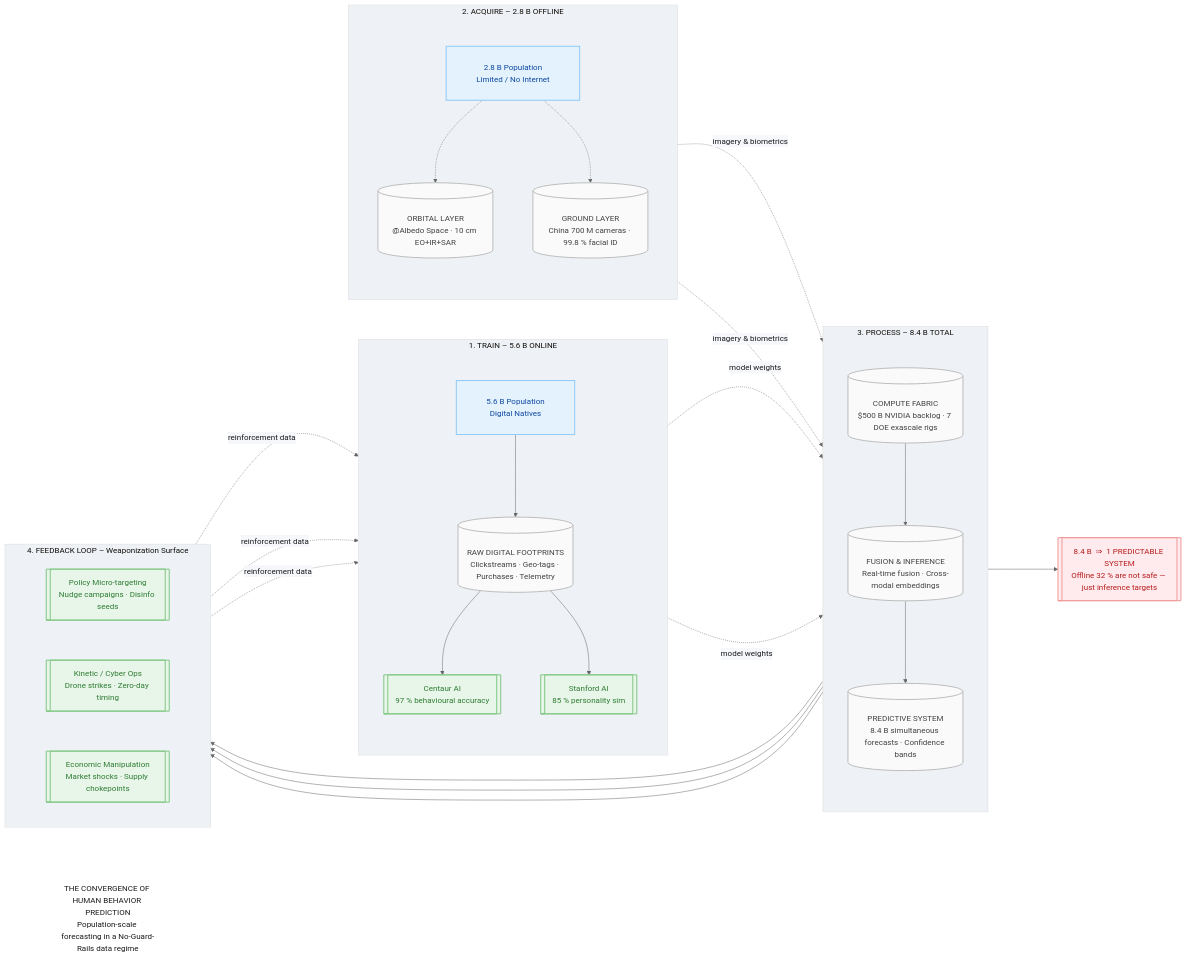
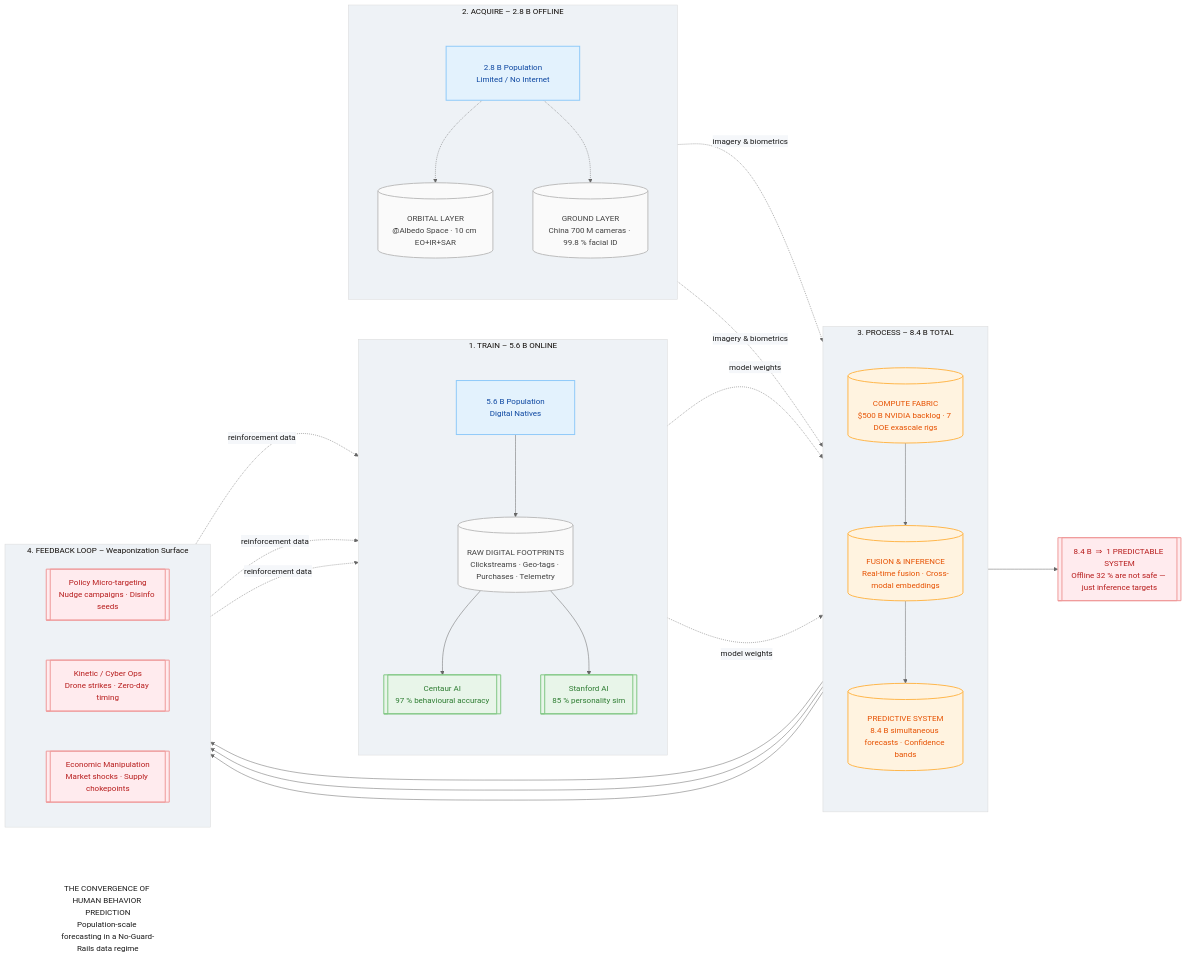
The diagram in diagram/behaviour-convergence.mmd (codethor0/human-behaviour-convergence), drawn with Mermaid before and after one commit. The commit also changed 1 other file, not shown here.

Commit message:
fix(diagram): correct styles for compute/feedback; fix README SVG link path

```diff
--- a/diagram/behaviour-convergence.mmd
+++ b/diagram/behaviour-convergence.mmd
@@ -1,119 +1,121 @@
 %% ---------- THEME: CLEAN / MODERN ----------
 %%{ init: {
   "fontFamily": "Inter, Roboto, Helvetica, Arial, sans-serif",
   "fontSize": "14px",
   "theme": "base",
   "themeVariables": {
     "primaryColor": "#ffffff",
     "primaryTextColor": "#1a1a1a",
     "primaryBorderColor": "#d0d0d0",
     "lineColor": "#666666",
     "secondaryColor": "#f5f7fa",
     "tertiaryColor": "#eef2f6"
   },
   "flowchart": {
     "nodeSpacing": 80,
     "rankSpacing": 140,
     "curve": "basis",
     "padding": 30,
     "useMaxWidth": true
   }
 } }%%
 
 %% ---------- DIAGRAM ----------
 flowchart LR
     %% ================================================================
     %% 0. TITLE
     %% ================================================================
     TITLE["THE CONVERGENCE OF HUMAN BEHAVIOR PREDICTION
 Population-scale forecasting in a No-Guard-Rails data regime"]
 
     %% ================================================================
     %% 1. TRAIN  (5.6 B ONLINE)
     %% ================================================================
     subgraph TRAIN["1. TRAIN  –  5.6 B ONLINE"]
         direction TB
         A["5.6 B Population\nDigital Natives"]
         B[("RAW DIGITAL FOOTPRINTS
 Clickstreams · Geo-tags · Purchases · Telemetry")]
         C[["Centaur AI
 97 % behavioural accuracy"]]
         D[["Stanford AI
 85 % personality sim"]]
         A --> B --> C & D
     end
 
     %% ================================================================
     %% 2. ACQUIRE  (2.8 B OFFLINE)
     %% ================================================================
     subgraph ACQUIRE["2. ACQUIRE  –  2.8 B OFFLINE"]
         direction TB
         E["2.8 B Population
 Limited / No Internet"]
         F[("ORBITAL LAYER
 @Albedo Space · 10 cm EO+IR+SAR")]
         G[("GROUND LAYER
 China 700 M cameras · 99.8 % facial ID")]
         E -.-> F
         E -.-> G
     end
 
     %% ================================================================
     %% 3. PROCESS  (8.4 B TOTAL)
     %% ================================================================
     subgraph PROCESS["3. PROCESS  –  8.4 B TOTAL"]
         direction TB
         H[("COMPUTE FABRIC
 $500 B NVIDIA backlog · 7 DOE exascale rigs")]
         I[("FUSION & INFERENCE
 Real-time fusion · Cross-modal embeddings")]
         J[("PREDICTIVE SYSTEM
 8.4 B simultaneous forecasts · Confidence bands")]
         H --> I --> J
     end
 
     %% ================================================================
     %% 4. FEEDBACK
     %% ================================================================
     subgraph FEEDBACK["4. FEEDBACK LOOP  –  Weaponization Surface"]
         direction LR
         K[["Policy Micro-targeting
 Nudge campaigns · Disinfo seeds"]]
         L[["Kinetic / Cyber Ops
 Drone strikes · Zero-day timing"]]
         M[["Economic Manipulation
 Market shocks · Supply chokepoints"]]
     end
 
     %% ================================================================
     %% 5. TAGLINE
     %% ================================================================
     TAG[[8.4 B  ⇒  1 PREDICTABLE SYSTEM
 Offline 32 % are not safe — just inference targets]]
 
     %% ================================================================
     %% EDGES
     %% ================================================================
     C & D -.->|model weights| H
     F & G -.->|imagery & biometrics| H
     J --> K & L & M
     K & L & M -.->|reinforcement data| B
     J --> TAG
 
     %% ================================================================
     %% STYLES
     %% ================================================================
     classDef title     fill:#ffffff,stroke:#ffffff,stroke-width:0,color:#1a1a1a
     classDef population fill:#e3f2fd,stroke:#90caf9,stroke-width:2px,color:#0d47a1
     classDef data       fill:#fafafa,stroke:#bdbdbd,stroke-width:2px,color:#424242
     classDef model      fill:#e8f5e9,stroke:#81c784,stroke-width:2px,color:#2e7d32
     classDef compute    fill:#fff3e0,stroke:#ffb74d,stroke-width:2px,color:#e65100
     classDef feedback   fill:#ffebee,stroke:#ef9a9a,stroke-width:2px,color:#b71c1c
 
     class TITLE title
     class A,E population
-    class B,F,G,H,I,J data
-    class C,D,K,L,M model
-    class TAG feedback
+        class B,F,G data
+        class H,I,J compute
+        class C,D model
+        class K,L,M feedback
+        class TAG feedback
 
                 %% ci: trigger render — no-op comment to force GitHub Actions on diagram change
```
